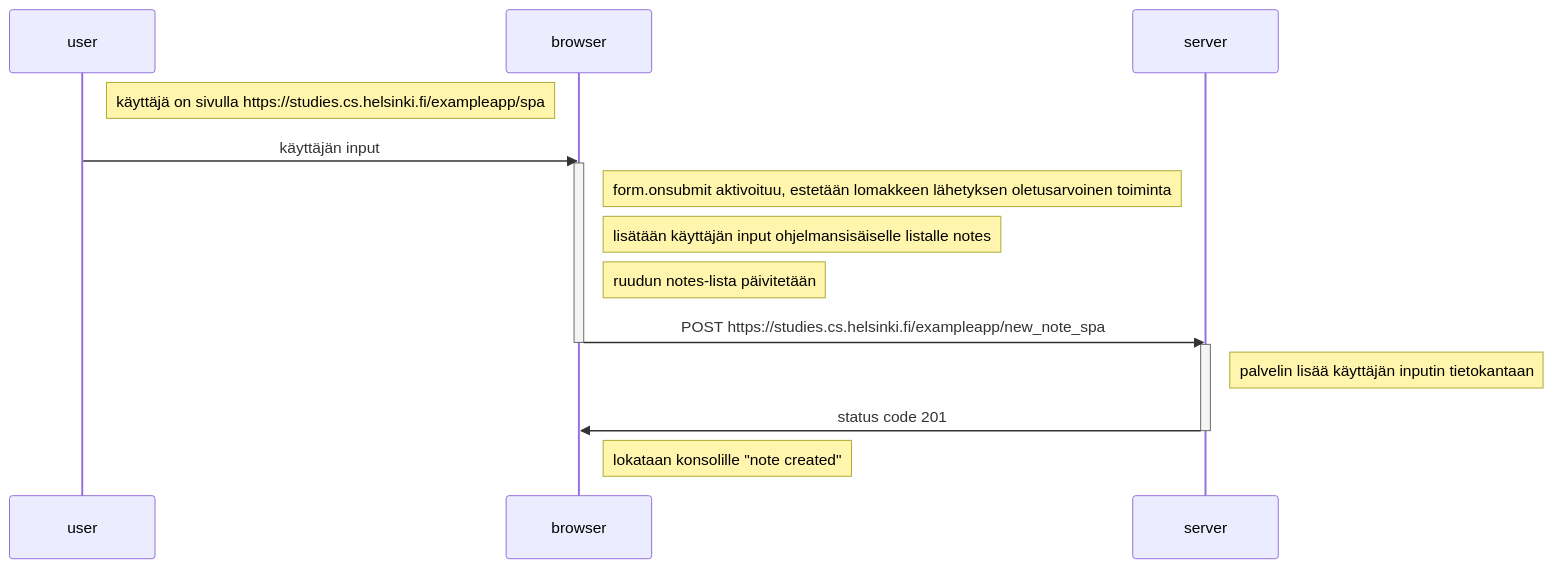
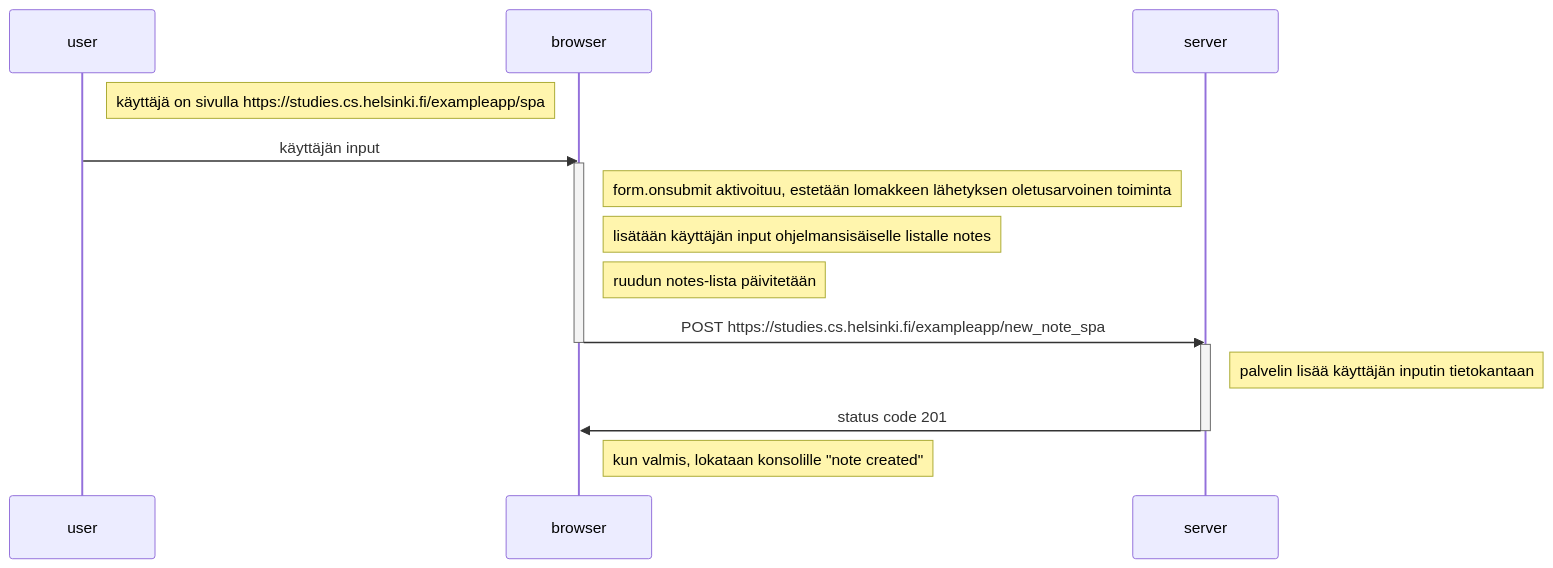
Before and after one commit to moocjsi/mooc-harj03: the diagram in mermaid-test9.md, drawn with Mermaid.

````diff
--- a/mermaid-test9.md
+++ b/mermaid-test9.md
@@ -2,25 +2,25 @@
 ```mermaid
 sequenceDiagram
     participant user
     participant browser
     participant server
 
     Note right of user: käyttäjä on sivulla https://studies.cs.helsinki.fi/exampleapp/spa
     user->>browser: käyttäjän input
 
     activate browser
     Note right of browser: form.onsubmit aktivoituu, estetään lomakkeen lähetyksen oletusarvoinen toiminta
     Note right of browser: lisätään käyttäjän input ohjelmansisäiselle listalle notes
     Note right of browser: ruudun notes-lista päivitetään
     browser->>server: POST https://studies.cs.helsinki.fi/exampleapp/new_note_spa
     deactivate browser
 
     activate server
     Note right of server: palvelin lisää käyttäjän inputin tietokantaan
     server->>browser: status code 201
     deactivate server
 
-    Note right of browser: lokataan konsolille "note created"
+    Note right of browser: kun valmis, lokataan konsolille "note created"
 
 
 ```
````
